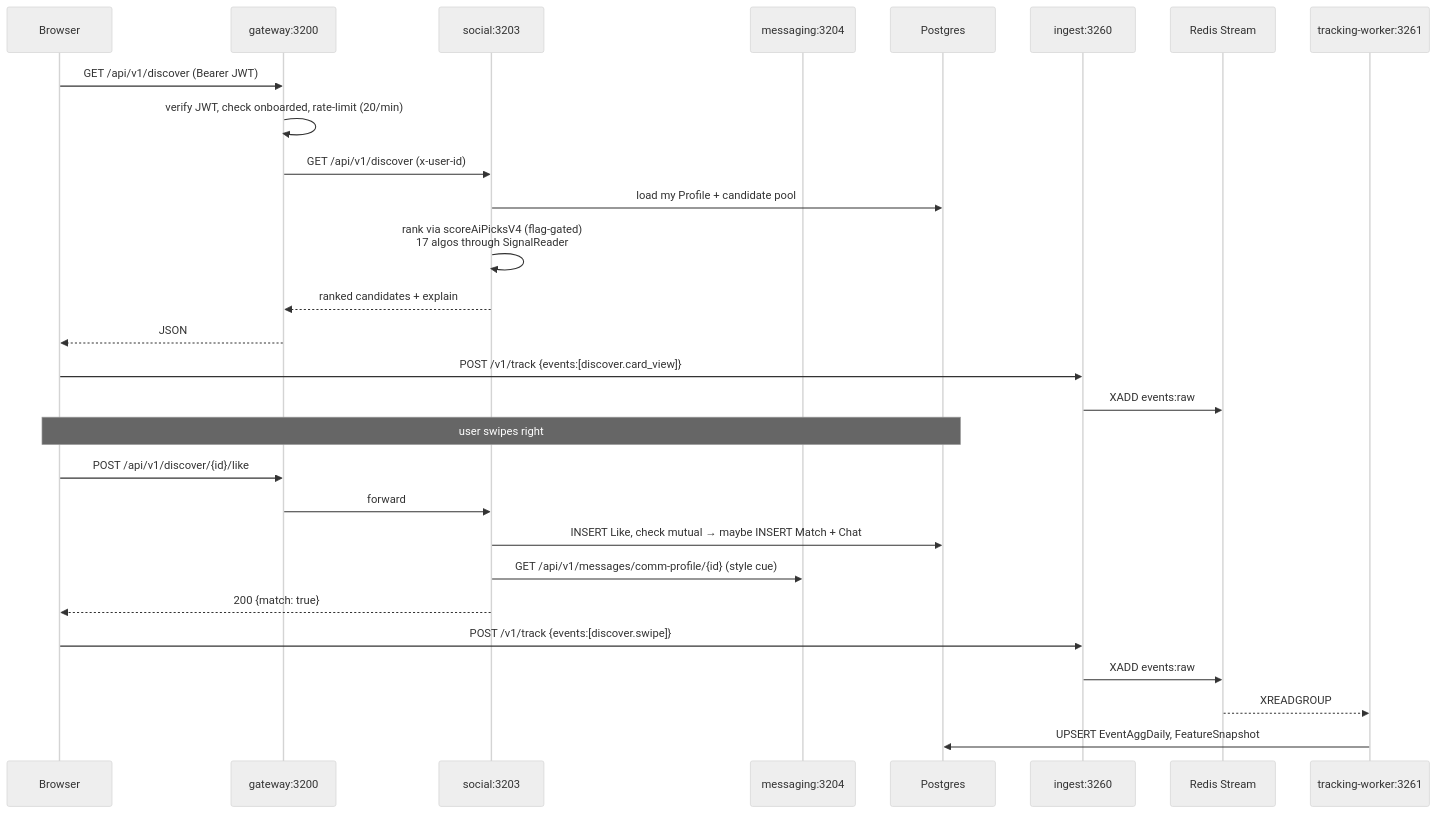
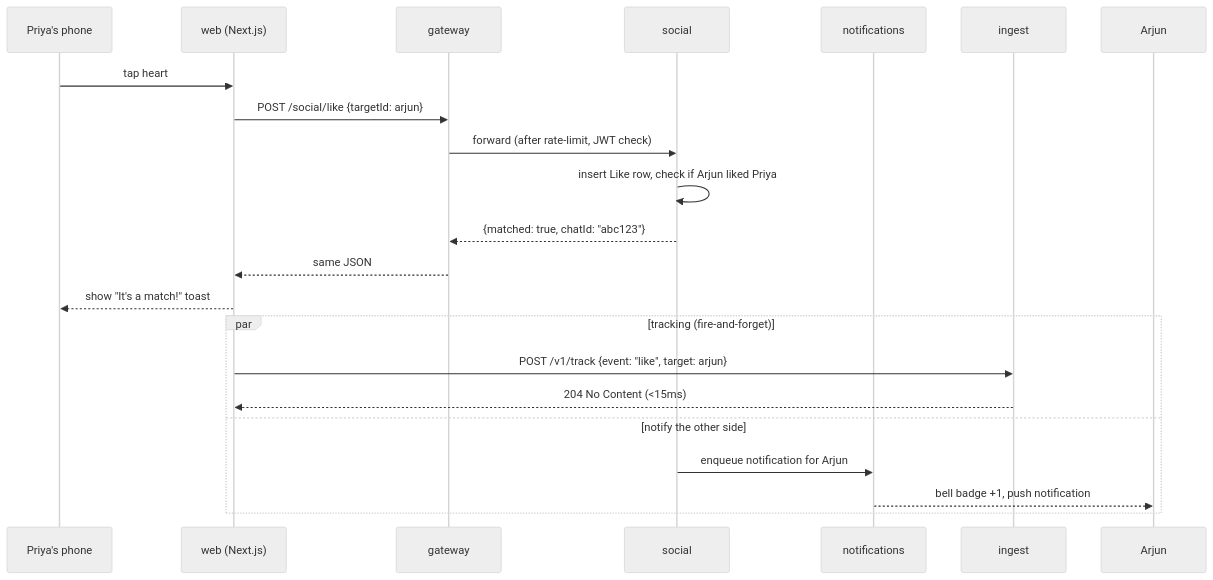
The second of 6 diagrams in MIAMO.md (shashisingh007/Miamo), drawn with Mermaid (neutral theme) before and after one commit. The commit also changed other lines of this file and 20 other files, not shown here.

First line of the commit message:
docs: v2 rewrite — story-first, Priya & Arjun examples, worked arithmetic

````diff
--- a/MIAMO.md
+++ b/MIAMO.md
@@ -91,31 +87,23 @@
 ```mermaid
 sequenceDiagram
-  participant B as Browser
-  participant G as gateway:3200
-  participant S as social:3203
-  participant M as messaging:3204
-  participant DB as Postgres
-  participant I as ingest:3260
-  participant R as Redis Stream
-  participant W as tracking-worker:3261
-
-  B->>G: GET /api/v1/discover (Bearer JWT)
-  G->>G: verify JWT, check onboarded, rate-limit (20/min)
-  G->>S: GET /api/v1/discover (x-user-id)
-  S->>DB: load my Profile + candidate pool
-  S->>S: rank via scoreAiPicksV4 (flag-gated)<br/>17 algos through SignalReader
-  S-->>G: ranked candidates + explain
-  G-->>B: JSON
-  B->>I: POST /v1/track {events:[discover.card_view]}
-  I->>R: XADD events:raw
-  Note over B,DB: user swipes right
-  B->>G: POST /api/v1/discover/{id}/like
-  G->>S: forward
-  S->>DB: INSERT Like, check mutual → maybe INSERT Match + Chat
-  S->>M: GET /api/v1/messages/comm-profile/{id} (style cue)
-  S-->>B: 200 {match: true}
-  B->>I: POST /v1/track {events:[discover.swipe]}
-  I->>R: XADD events:raw
-  R-->>W: XREADGROUP
-  W->>DB: UPSERT EventAggDaily, FeatureSnapshot
+    participant P as Priya's phone
+    participant W as web (Next.js)
+    participant G as gateway
+    participant S as social
+    participant N as notifications
+    participant I as ingest
+    P->>W: tap heart
+    W->>G: POST /social/like {targetId: arjun}
+    G->>S: forward (after rate-limit, JWT check)
+    S->>S: insert Like row, check if Arjun liked Priya
+    S-->>G: {matched: true, chatId: "abc123"}
+    G-->>W: same JSON
+    W-->>P: show "It's a match!" toast
+    par tracking (fire-and-forget)
+        W->>I: POST /v1/track {event: "like", target: arjun}
+        I-->>W: 204 No Content (<15ms)
+    and notify the other side
+        S->>N: enqueue notification for Arjun
+        N-->>Arjun: bell badge +1, push notification
+    end
 ```
````
